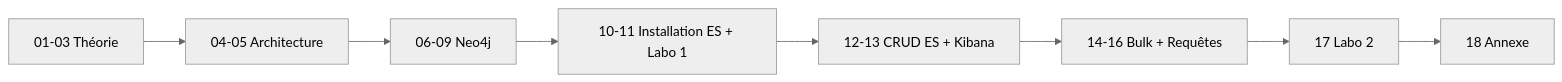
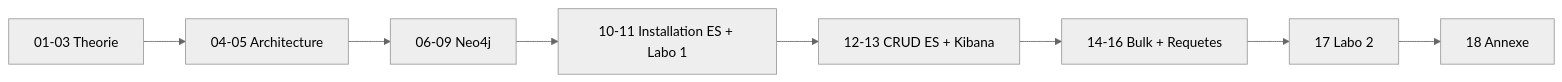
Before and after one commit to haythem-rehouma/Elastic-Search-0: the diagram in docs2-cours1/README.md, drawn with Mermaid (neutral theme).

````diff
--- a/docs2-cours1/README.md
+++ b/docs2-cours1/README.md
@@ -150,10 +150,10 @@
 ```mermaid
 flowchart LR
-    A[01-03 Théorie] --> B[04-05 Architecture]
-    B --> C[06-09 Neo4j]
-    C --> D[10-11 Installation ES + Labo 1]
-    D --> E[12-13 CRUD ES + Kibana]
-    E --> F[14-16 Bulk + Requêtes]
-    F --> G[17 Labo 2]
-    G --> H[18 Annexe]
+    A["01-03 Theorie"] --> B["04-05 Architecture"]
+    B --> C["06-09 Neo4j"]
+    C --> D["10-11 Installation ES + Labo 1"]
+    D --> E["12-13 CRUD ES + Kibana"]
+    E --> F["14-16 Bulk + Requetes"]
+    F --> G["17 Labo 2"]
+    G --> H["18 Annexe"]
 ```
````
